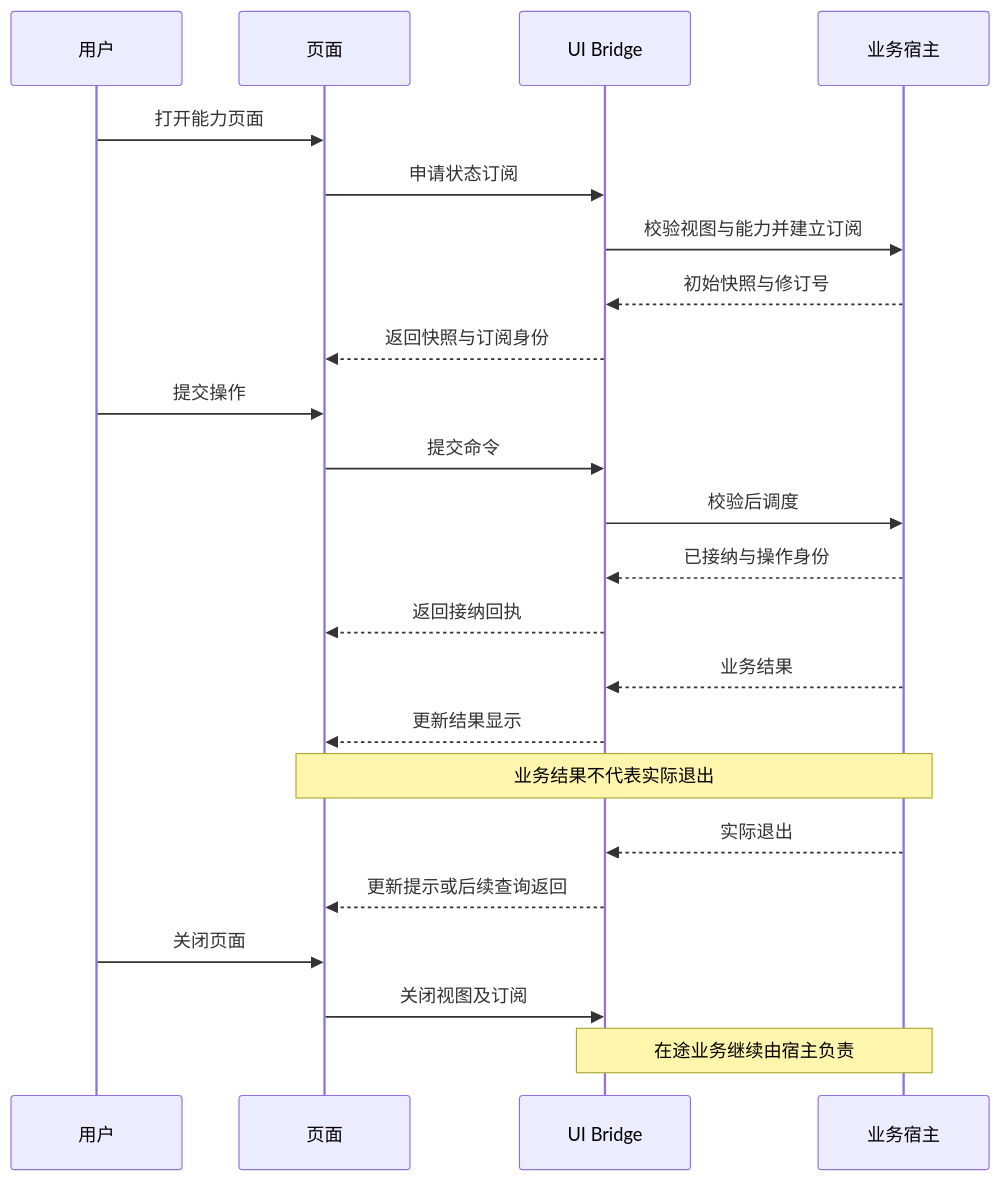
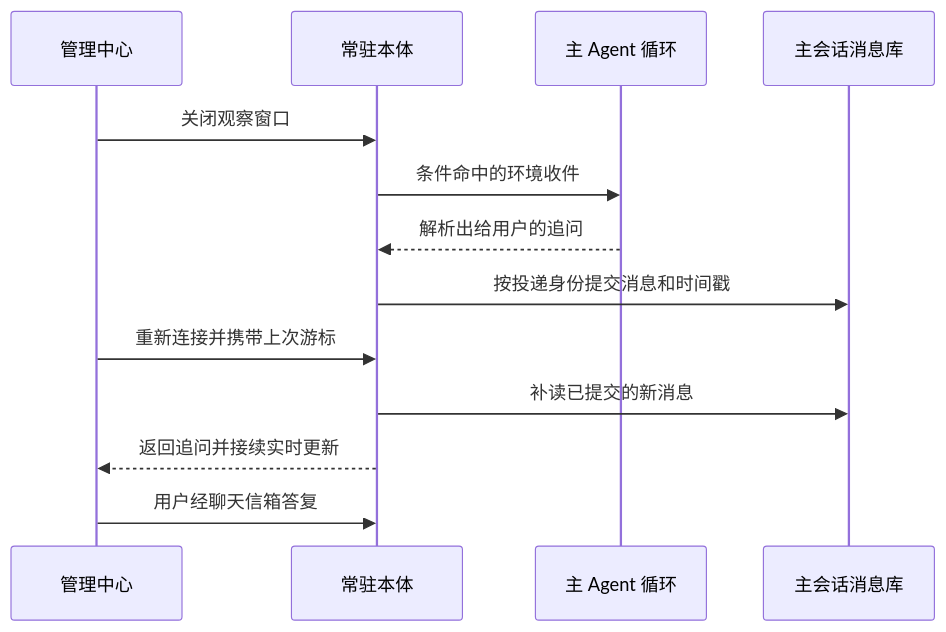
The second of 2 diagrams in docs/ui-framework-design.md (AuraKaliya/DaFeiYu-), drawn with Mermaid before and after one commit. The commit also changed other lines of this file and 5 other files, not shown here.

````diff
--- a/docs/ui-framework-design.md
+++ b/docs/ui-framework-design.md
@@ -278,25 +333,15 @@
 ```mermaid
 sequenceDiagram
-    participant U as 用户
-    participant V as 页面
-    participant B as UI Bridge
-    participant H as 业务宿主
-    U->>V: 打开能力页面
-    V->>B: 申请状态订阅
-    B->>H: 校验视图与能力并建立订阅
-    H-->>B: 初始快照与修订号
-    B-->>V: 返回快照与订阅身份
-    U->>V: 提交操作
-    V->>B: 提交命令
-    B->>H: 校验后调度
-    H-->>B: 已接纳与操作身份
-    B-->>V: 返回接纳回执
-    H-->>B: 业务结果
-    B-->>V: 更新结果显示
-    Note over V,H: 业务结果不代表实际退出
-    H-->>B: 实际退出
-    B-->>V: 更新提示或后续查询返回
-    U->>V: 关闭页面
-    V->>B: 关闭视图及订阅
-    Note over B,H: 在途业务继续由宿主负责
+    participant V as 管理中心
+    participant H as 常驻本体
+    participant A as 主 Agent 循环
+    participant D as 主会话消息库
+    V->>H: 关闭观察窗口
+    H->>A: 条件命中的环境收件
+    A-->>H: 解析出给用户的追问
+    H->>D: 按投递身份提交消息和时间戳
+    V->>H: 重新连接并携带上次游标
+    H->>D: 补读已提交的新消息
+    H-->>V: 返回追问并接续实时更新
+    V->>H: 用户经聊天信箱答复
 ```
````
